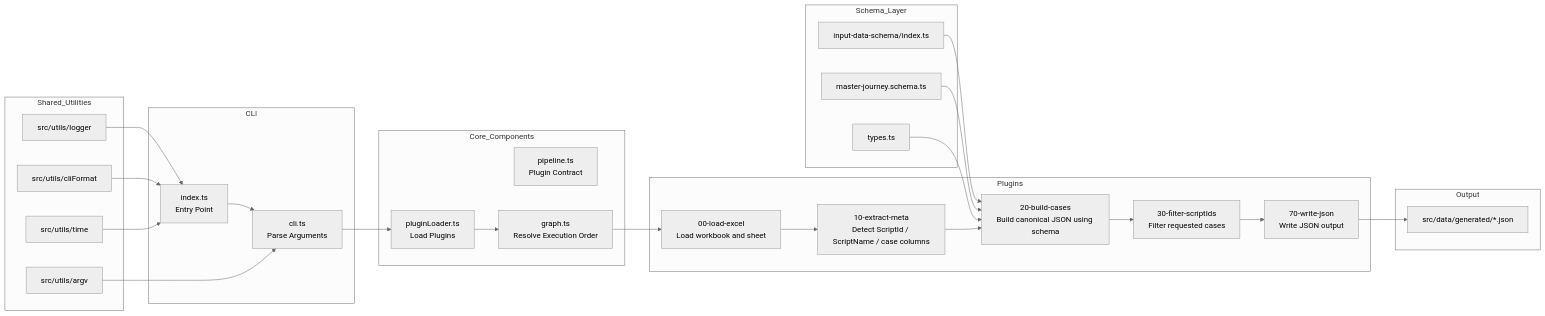
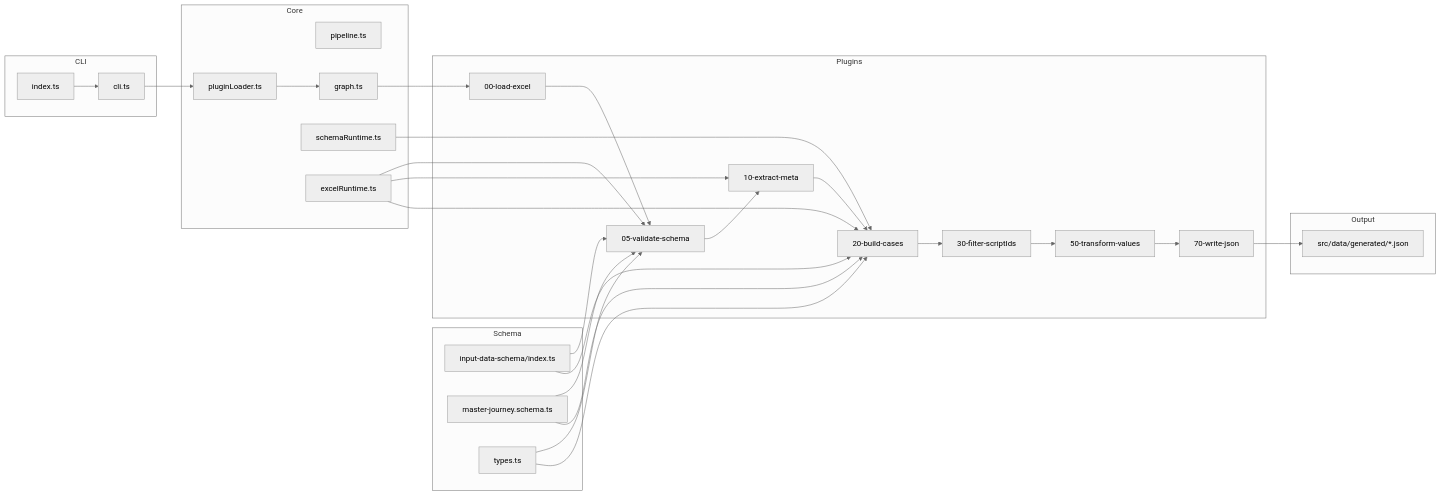
One commit to vijaytomar81/AZOnline changed the sixth of 6 diagrams in src/data/README.md. Above: the diagram before and after it, drawn with Mermaid (neutral theme). The commit also changed other lines of this file and 10 other files, not shown here.

````diff
--- a/src/data/README.md
+++ b/src/data/README.md
@@ -435,62 +267,62 @@
 ```mermaid
 flowchart LR
 
     subgraph CLI
-        A[index.ts<br/>Entry Point]
-        A1[cli.ts<br/>Parse Arguments]
+        A[index.ts]
+        A1[cli.ts]
     end
 
-    subgraph Core_Components
-        B1[pluginLoader.ts<br/>Load Plugins]
-        B2[pipeline.ts<br/>Plugin Contract]
-        B3[graph.ts<br/>Resolve Execution Order]
+    subgraph Core
+        B1[pluginLoader.ts]
+        B2[pipeline.ts]
+        B3[graph.ts]
+        B4[schemaRuntime.ts]
+        B5[excelRuntime.ts]
     end
 
-    subgraph Schema_Layer
+    subgraph Schema
         C1[input-data-schema/index.ts]
         C2[master-journey.schema.ts]
         C3[types.ts]
     end
 
     subgraph Plugins
-        D1[00-load-excel<br/>Load workbook and sheet]
-        D2[10-extract-meta<br/>Detect ScriptId / ScriptName / case columns]
-        D3[20-build-cases<br/>Build canonical JSON using schema]
-        D4[30-filter-scriptIds<br/>Filter requested cases]
-        D5[70-write-json<br/>Write JSON output]
-    end
-
-    subgraph Shared_Utilities
-        E1[src/utils/logger]
-        E2[src/utils/argv]
-        E3[src/utils/cliFormat]
-        E4[src/utils/time]
+        D1[00-load-excel]
+        D2[05-validate-schema]
+        D3[10-extract-meta]
+        D4[20-build-cases]
+        D5[30-filter-scriptIds]
+        D6[50-transform-values]
+        D7[70-write-json]
     end
 
     subgraph Output
-        F[src/data/generated/*.json]
+        E[src/data/generated/*.json]
     end
-
 
     A --> A1
     A1 --> B1
-
     B1 --> B3
     B3 --> D1
-
-    C1 --> D3
-    C2 --> D3
-    C3 --> D3
 
     D1 --> D2
     D2 --> D3
     D3 --> D4
     D4 --> D5
+    D5 --> D6
+    D6 --> D7
+    D7 --> E
 
-    D5 --> F
+    C1 --> D2
+    C2 --> D2
+    C3 --> D2
 
-    E1 --> A
-    E2 --> A1
-    E3 --> A
-    E4 --> A
+    C1 --> D4
+    C2 --> D4
+    C3 --> D4
+
+    B4 --> D4
+    B5 --> D2
+    B5 --> D3
+    B5 --> D4
 ```
````
